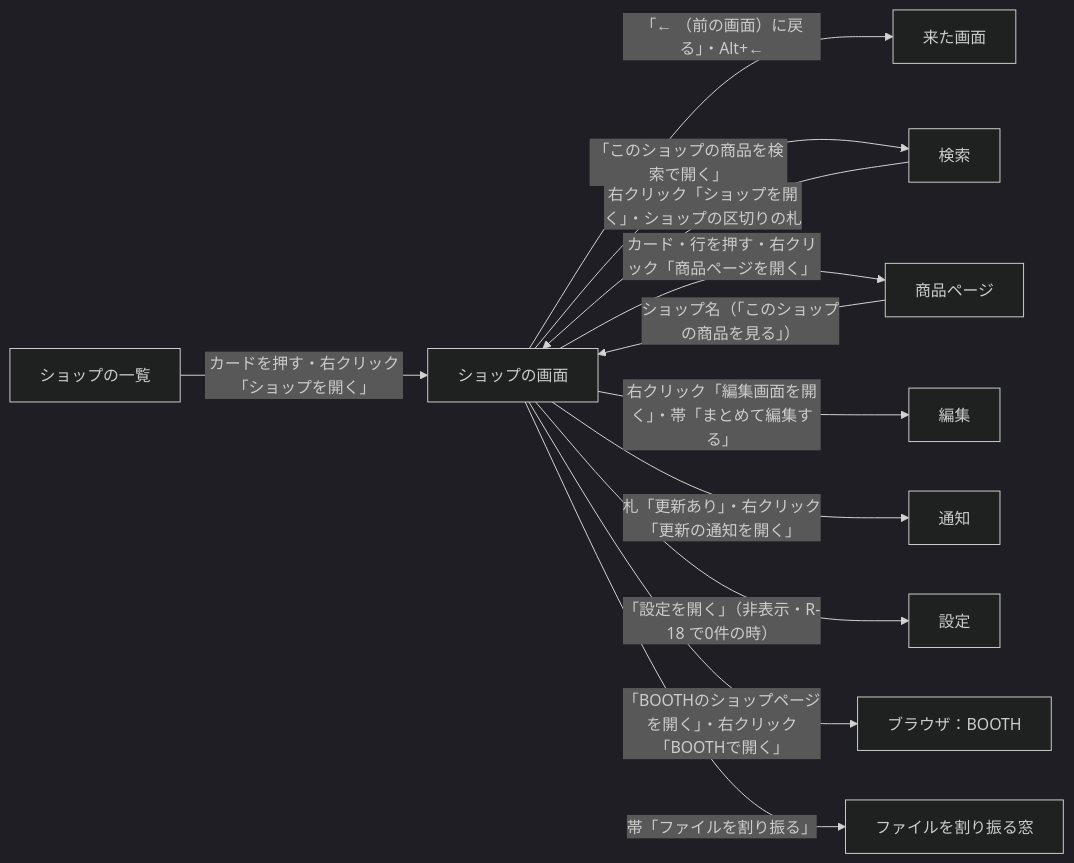
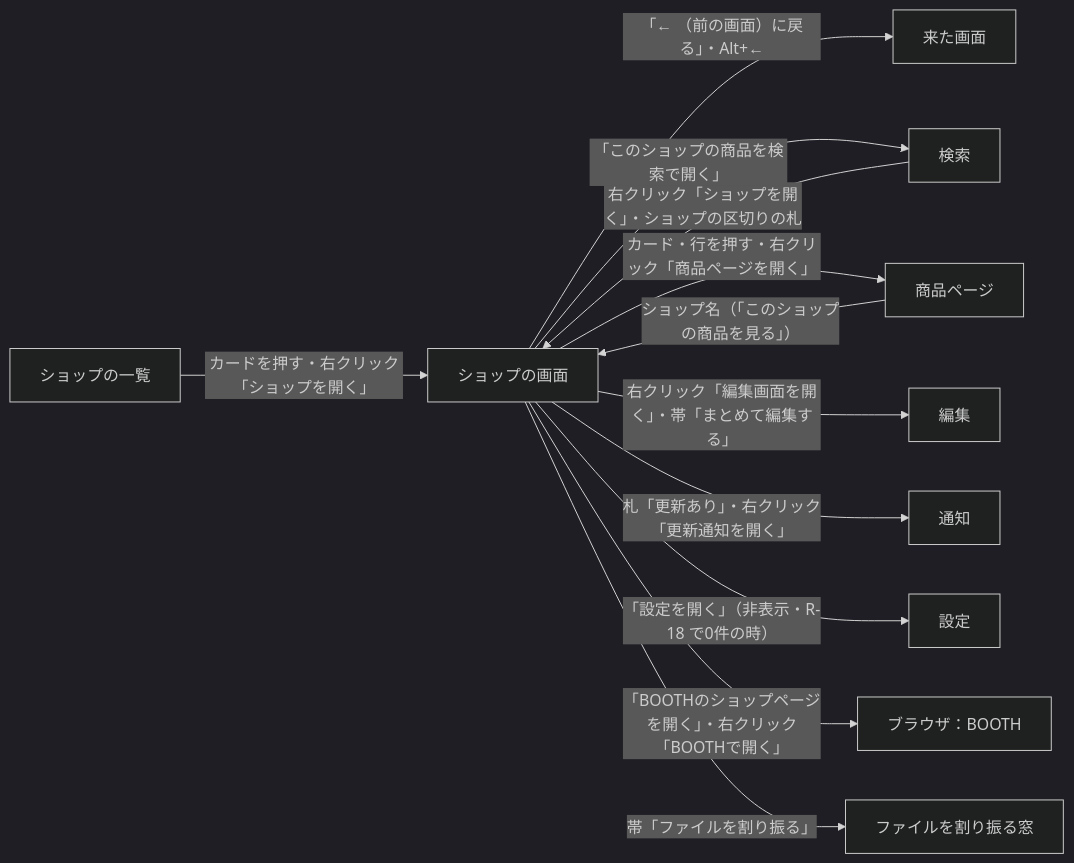
One commit to kumo-mayu/chmonos changed the diagram in docs/dev/ui-paths/shop.md. Above: the diagram before and after it, drawn with Mermaid (dark theme). The commit also changed other lines of this file and 39 other files, not shown here.

````diff
--- a/docs/dev/ui-paths/shop.md
+++ b/docs/dev/ui-paths/shop.md
@@ -74,14 +74,14 @@
 ```mermaid
 flowchart LR
   Shops[ショップの一覧] -- カードを押す・右クリック「ショップを開く」 --> Shop[ショップの画面]
   Item[商品ページ] -- ショップ名（「このショップの商品を見る」） --> Shop
   Search[検索] -- 右クリック「ショップを開く」・ショップの区切りの札 --> Shop
   Shop -- 「← （前の画面）に戻る」・Alt+← --> Back[来た画面]
   Shop -- 「このショップの商品を検索で開く」 --> Search
   Shop -- カード・行を押す・右クリック「商品ページを開く」 --> Item
   Shop -- 右クリック「編集画面を開く」・帯「まとめて編集する」 --> Edit[編集]
-  Shop -- 札「更新あり」・右クリック「更新の通知を開く」 --> Notice[通知]
+  Shop -- 札「更新あり」・右クリック「更新通知を開く」 --> Notice[通知]
   Shop -- 「設定を開く」（非表示・R-18 で0件の時） --> Settings[設定]
   Shop -- 「BOOTHのショップページを開く」・右クリック「BOOTHで開く」 --> Booth[ブラウザ：BOOTH]
   Shop -- 帯「ファイルを割り振る」 --> Pool[ファイルを割り振る窓]
 ```
````
